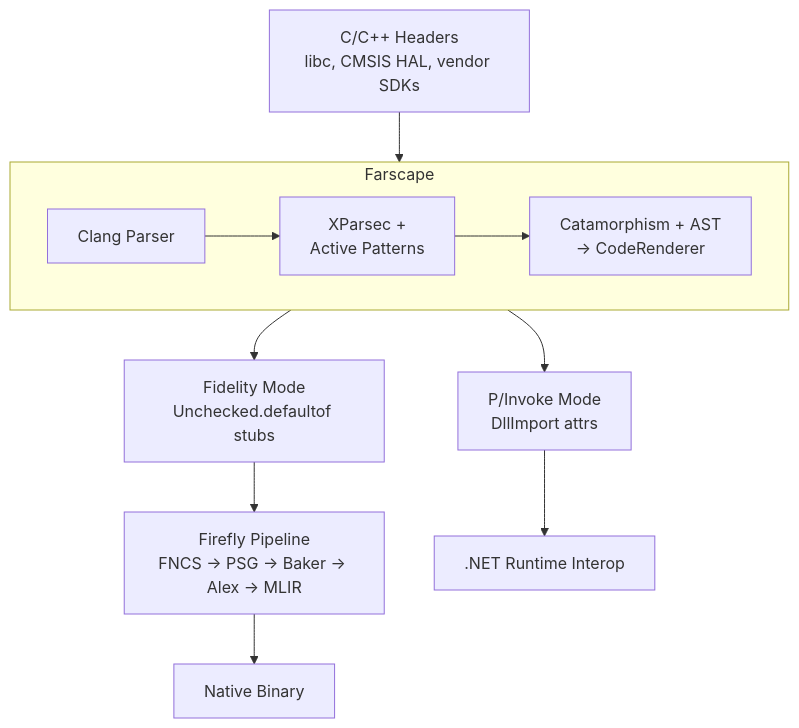
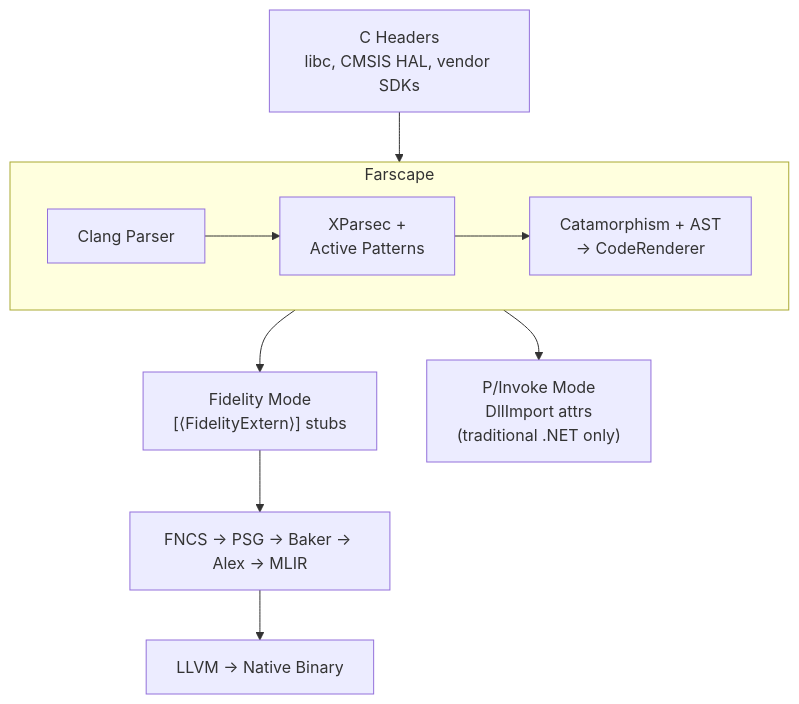
Before and after one commit to FidelityFramework/Farscape: the diagram in docs/README.md, drawn with Mermaid. The commit also changed other lines of this file and 10 other files, not shown here.

Commit message:
corrected docs/roadmap

````diff
--- a/docs/README.md
+++ b/docs/README.md
@@ -18,16 +21,14 @@
 ```mermaid
 flowchart TD
-    A["C/C++ Headers<br/>libc, CMSIS HAL, vendor SDKs"] --> B
+    A["C Headers<br/>libc, CMSIS HAL, vendor SDKs"] --> B
 
     subgraph B["Farscape"]
         B1["Clang Parser"] --> B2["XParsec +<br/>Active Patterns"] --> B3["Catamorphism + AST<br/>→ CodeRenderer"]
     end
 
-    B --> C["Fidelity Mode<br/>Unchecked.defaultof stubs"]
-    B --> D["P/Invoke Mode<br/>DllImport attrs"]
+    B --> C["Fidelity Mode<br/>[⟨FidelityExtern⟩] stubs"]
+    B --> D["P/Invoke Mode<br/>DllImport attrs<br/>(traditional .NET only)"]
 
-    C --> E["Firefly Pipeline<br/>FNCS → PSG → Baker → Alex → MLIR"]
-    D --> F[".NET Runtime Interop"]
-
-    E --> G["Native Binary"]
+    C --> E["FNCS → PSG → Baker → Alex → MLIR"]
+    E --> G["LLVM → Native Binary"]
 ```
````
